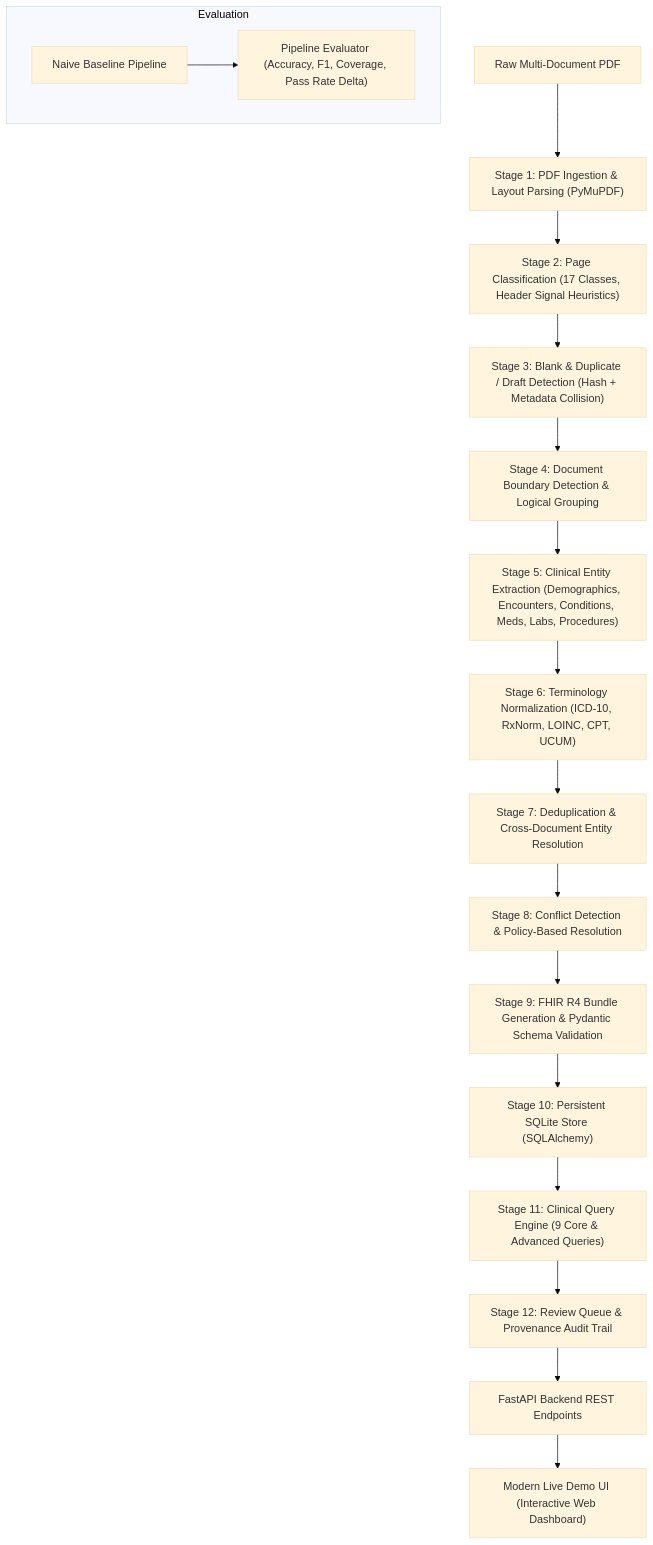
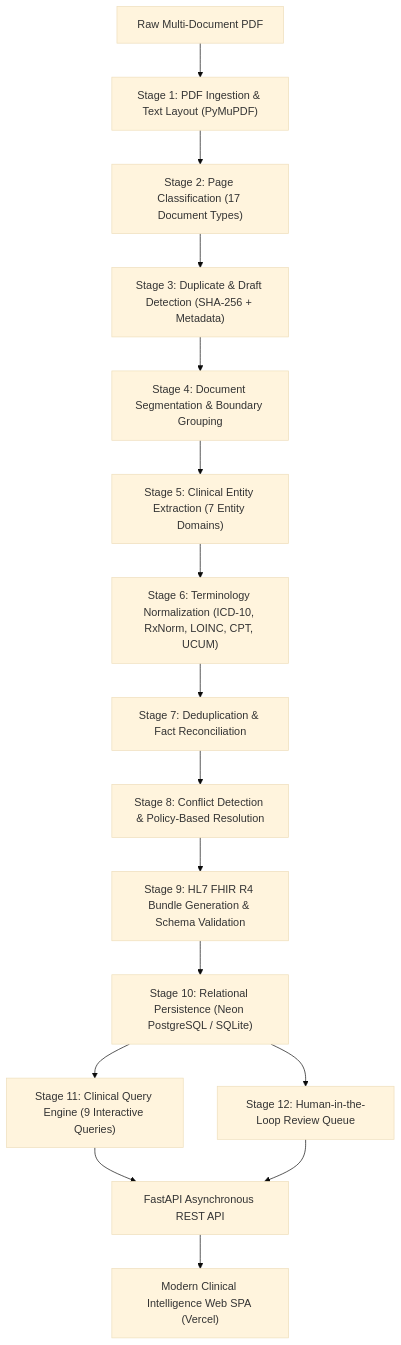
Before and after one commit to gagandeepsingh76/canonical-clinical-intelligence: the first of 2 diagrams in README.md, drawn with Mermaid (base theme). The commit also changed other lines of this file and 10 other files, not shown here.

````diff
--- a/README.md
+++ b/README.md
@@ -26,21 +43,18 @@
 ```mermaid
 flowchart TD
-    A["Raw Multi-Document PDF"] --> B["Stage 1: PDF Ingestion & Layout Parsing (PyMuPDF)"]
-    B --> C["Stage 2: Page Classification (17 Classes, Header Signal Heuristics)"]
-    C --> D["Stage 3: Blank & Duplicate / Draft Detection (Hash + Metadata Collision)"]
-    D --> E["Stage 4: Document Boundary Detection & Logical Grouping"]
-    E --> F["Stage 5: Clinical Entity Extraction (Demographics, Encounters, Conditions, Meds, Labs, Procedures)"]
+    A["Raw Multi-Document PDF"] --> B["Stage 1: PDF Ingestion & Text Layout (PyMuPDF)"]
+    B --> C["Stage 2: Page Classification (17 Document Types)"]
+    C --> D["Stage 3: Duplicate & Draft Detection (SHA-256 + Metadata)"]
+    D --> E["Stage 4: Document Segmentation & Boundary Grouping"]
+    E --> F["Stage 5: Clinical Entity Extraction (7 Entity Domains)"]
     F --> G["Stage 6: Terminology Normalization (ICD-10, RxNorm, LOINC, CPT, UCUM)"]
-    G --> H["Stage 7: Deduplication & Cross-Document Entity Resolution"]
+    G --> H["Stage 7: Deduplication & Fact Reconciliation"]
     H --> I["Stage 8: Conflict Detection & Policy-Based Resolution"]
-    I --> J["Stage 9: FHIR R4 Bundle Generation & Pydantic Schema Validation"]
-    J --> K["Stage 10: Persistent SQLite Store (SQLAlchemy)"]
-    K --> L["Stage 11: Clinical Query Engine (9 Core & Advanced Queries)"]
-    L --> M["Stage 12: Review Queue & Provenance Audit Trail"]
-    M --> N["FastAPI Backend REST Endpoints"]
-    N --> O["Modern Live Demo UI (Interactive Web Dashboard)"]
-    
-    subgraph Evaluation
-        P["Naive Baseline Pipeline"] --> Q["Pipeline Evaluator (Accuracy, F1, Coverage, Pass Rate Delta)"]
-    end
+    I --> J["Stage 9: HL7 FHIR R4 Bundle Generation & Schema Validation"]
+    J --> K["Stage 10: Relational Persistence (Neon PostgreSQL / SQLite)"]
+    K --> L["Stage 11: Clinical Query Engine (9 Interactive Queries)"]
+    K --> M["Stage 12: Human-in-the-Loop Review Queue"]
+    L --> N["FastAPI Asynchronous REST API"]
+    M --> N
+    N --> O["Modern Clinical Intelligence Web SPA (Vercel)"]
 ```
````
